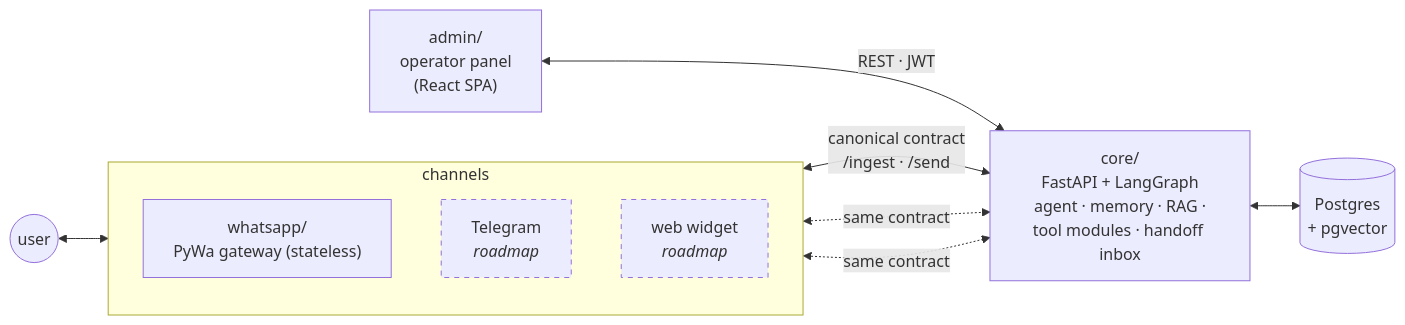
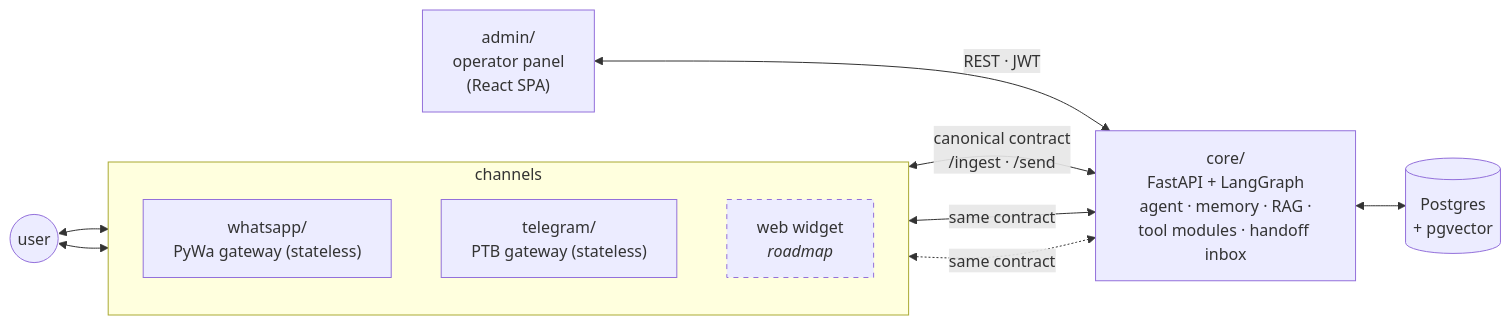
Before and after one commit to chasqui-stack/chasqui: the diagram in README.md, drawn with Mermaid. The commit also changed other lines of this file and 2 other files, not shown here.

First line of the commit message:
docs: Telegram is a live channel (README, ARCHITECTURE, setup guide)

````diff
--- a/README.md
+++ b/README.md
@@ -70,25 +73,25 @@
 ```mermaid
 flowchart LR
     U((user)) <--> WA
+    U <--> TG
 
     subgraph CH [channels]
         direction TB
         WA["whatsapp/<br/>PyWa gateway (stateless)"]
-        TG["Telegram<br/><i>roadmap</i>"]
+        TG["telegram/<br/>PTB gateway (stateless)"]
         WEB["web widget<br/><i>roadmap</i>"]
     end
 
     WA <-->|"canonical contract<br/>/ingest · /send"| CORE
-    TG <-.->|same contract| CORE
+    TG <-->|same contract| CORE
     WEB <-.->|same contract| CORE
 
     CORE["core/<br/>FastAPI + LangGraph<br/>agent · memory · RAG ·<br/>tool modules · handoff inbox"]
     DB[("Postgres<br/>+ pgvector")]
     ADMIN["admin/<br/>operator panel<br/>(React SPA)"]
 
     CORE <--> DB
     ADMIN <-->|REST · JWT| CORE
 
-    style TG stroke-dasharray: 5 5
     style WEB stroke-dasharray: 5 5
 ```
````
